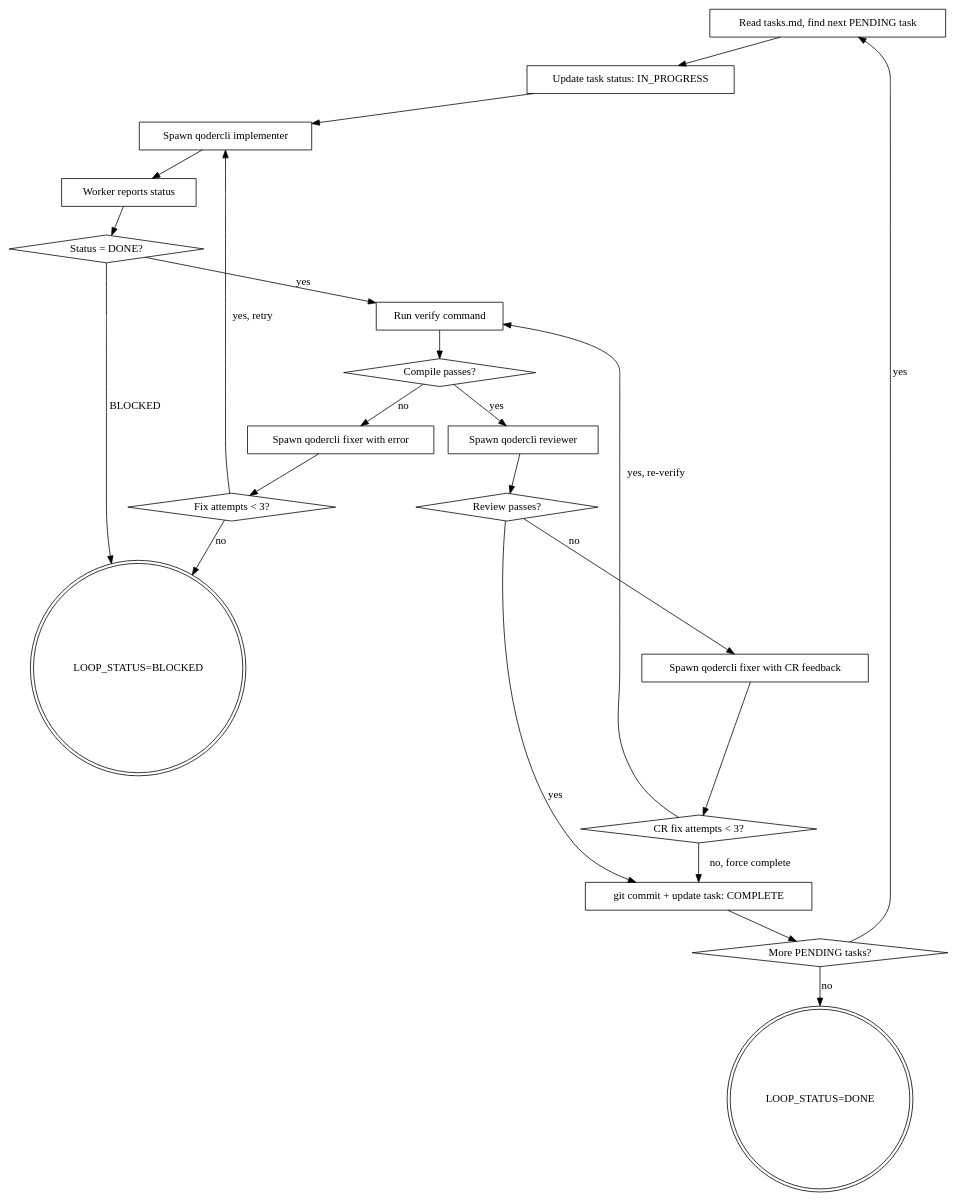
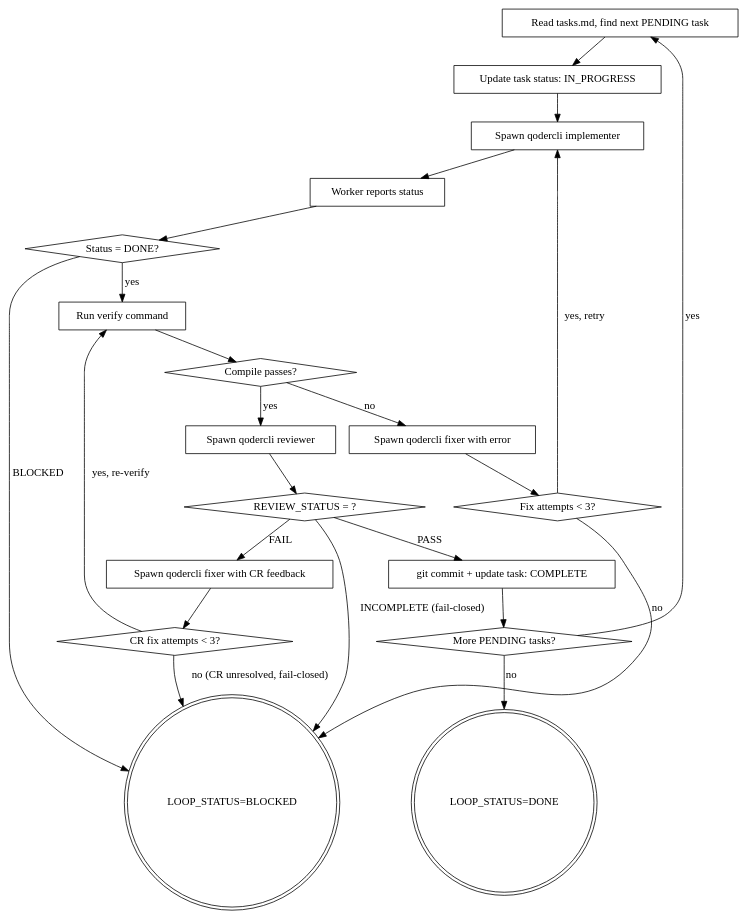
One commit to neilluo/neil-coding-autopilot changed the diagram in skills/autopilot-loop/SKILL.md. Above: the diagram before and after it, drawn with Graphviz. The commit also changed other lines of this file and 14 other files, not shown here.

First line of the commit message:
fix(workflow): roll dual-track + INCOMPLETE fail-closed into execution-layer skills

````diff
--- a/skills/autopilot-loop/SKILL.md
+++ b/skills/autopilot-loop/SKILL.md
@@ -49,44 +53,45 @@
 ```dot
 digraph loop {
     rankdir=TB;
     "Read tasks.md, find next PENDING task" [shape=box];
     "Update task status: IN_PROGRESS" [shape=box];
     "Spawn qodercli implementer" [shape=box];
     "Worker reports status" [shape=box];
     "Status = DONE?" [shape=diamond];
     "Run verify command" [shape=box];
     "Compile passes?" [shape=diamond];
     "Spawn qodercli fixer with error" [shape=box];
     "Fix attempts < 3?" [shape=diamond];
     "Spawn qodercli reviewer" [shape=box];
-    "Review passes?" [shape=diamond];
+    "REVIEW_STATUS = ?" [shape=diamond];
     "Spawn qodercli fixer with CR feedback" [shape=box];
     "CR fix attempts < 3?" [shape=diamond];
     "git commit + update task: COMPLETE" [shape=box];
     "More PENDING tasks?" [shape=diamond];
     "LOOP_STATUS=DONE" [shape=doublecircle];
     "LOOP_STATUS=BLOCKED" [shape=doublecircle];
 
     "Read tasks.md, find next PENDING task" -> "Update task status: IN_PROGRESS";
     "Update task status: IN_PROGRESS" -> "Spawn qodercli implementer";
     "Spawn qodercli implementer" -> "Worker reports status";
     "Worker reports status" -> "Status = DONE?";
     "Status = DONE?" -> "Run verify command" [label="yes"];
     "Status = DONE?" -> "LOOP_STATUS=BLOCKED" [label="BLOCKED"];
     "Run verify command" -> "Compile passes?";
     "Compile passes?" -> "Spawn qodercli reviewer" [label="yes"];
     "Compile passes?" -> "Spawn qodercli fixer with error" [label="no"];
     "Spawn qodercli fixer with error" -> "Fix attempts < 3?";
     "Fix attempts < 3?" -> "Spawn qodercli implementer" [label="yes, retry"];
     "Fix attempts < 3?" -> "LOOP_STATUS=BLOCKED" [label="no"];
-    "Spawn qodercli reviewer" -> "Review passes?";
-    "Review passes?" -> "git commit + update task: COMPLETE" [label="yes"];
-    "Review passes?" -> "Spawn qodercli fixer with CR feedback" [label="no"];
+    "Spawn qodercli reviewer" -> "REVIEW_STATUS = ?";
+    "REVIEW_STATUS = ?" -> "git commit + update task: COMPLETE" [label="PASS"];
+    "REVIEW_STATUS = ?" -> "Spawn qodercli fixer with CR feedback" [label="FAIL"];
+    "REVIEW_STATUS = ?" -> "LOOP_STATUS=BLOCKED" [label="INCOMPLETE (fail-closed)"];
     "Spawn qodercli fixer with CR feedback" -> "CR fix attempts < 3?";
     "CR fix attempts < 3?" -> "Run verify command" [label="yes, re-verify"];
-    "CR fix attempts < 3?" -> "git commit + update task: COMPLETE" [label="no, force complete"];
+    "CR fix attempts < 3?" -> "LOOP_STATUS=BLOCKED" [label="no (CR unresolved, fail-closed)"];
     "git commit + update task: COMPLETE" -> "More PENDING tasks?";
     "More PENDING tasks?" -> "Read tasks.md, find next PENDING task" [label="yes"];
     "More PENDING tasks?" -> "LOOP_STATUS=DONE" [label="no"];
 }
 ```
````
